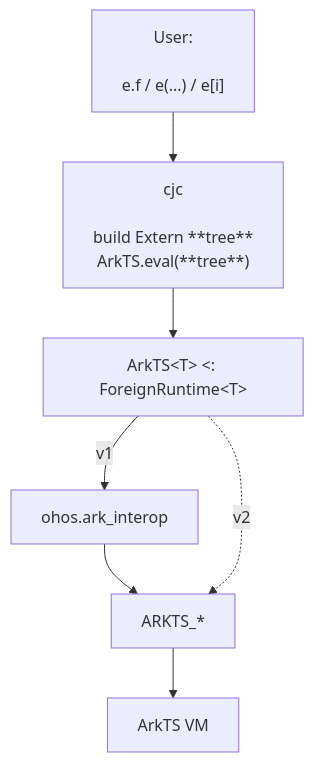
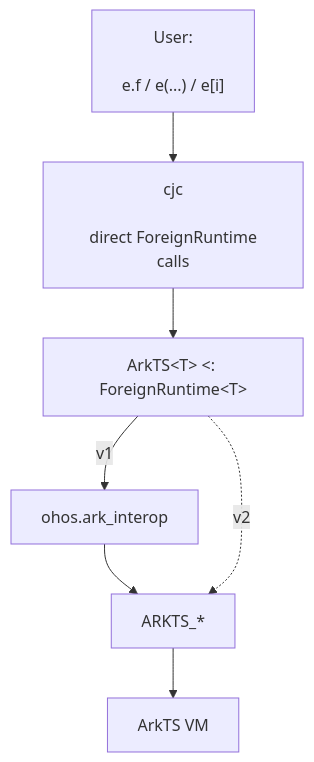
The first of 3 diagrams in docs/arkts_runtime_design_simple_model.md (CJPLUK/cangjie_extern), drawn with Mermaid before and after one commit. The commit also changed other lines of this file, not shown here.

Commit message:
ArkTS design adjusted for simple model

````diff
--- a/docs/arkts_runtime_design_simple_model.md
+++ b/docs/arkts_runtime_design_simple_model.md
@@ -24,7 +23,7 @@
 ```mermaid
 flowchart TB
-    UC["User:<br/><br/> e.f / e(...) / e[i]"] --> DS["cjc<br/><br/> build Extern **tree**<br/>ArkTS.eval(**tree**)"]
+    UC["User:<br/><br/> e.f / e(...) / e[i]"] --> DS["cjc<br/><br/> direct ForeignRuntime calls"]
     DS --> ARK["ArkTS&lt;T&gt; <: ForeignRuntime&lt;T&gt;"]
     ARK -->|"v1"| CTX["ohos.ark_interop"] --> FFI["ARKTS_*"] --> VM["ArkTS VM"]
     ARK -.->|"v2"| FFI
 ```
````
